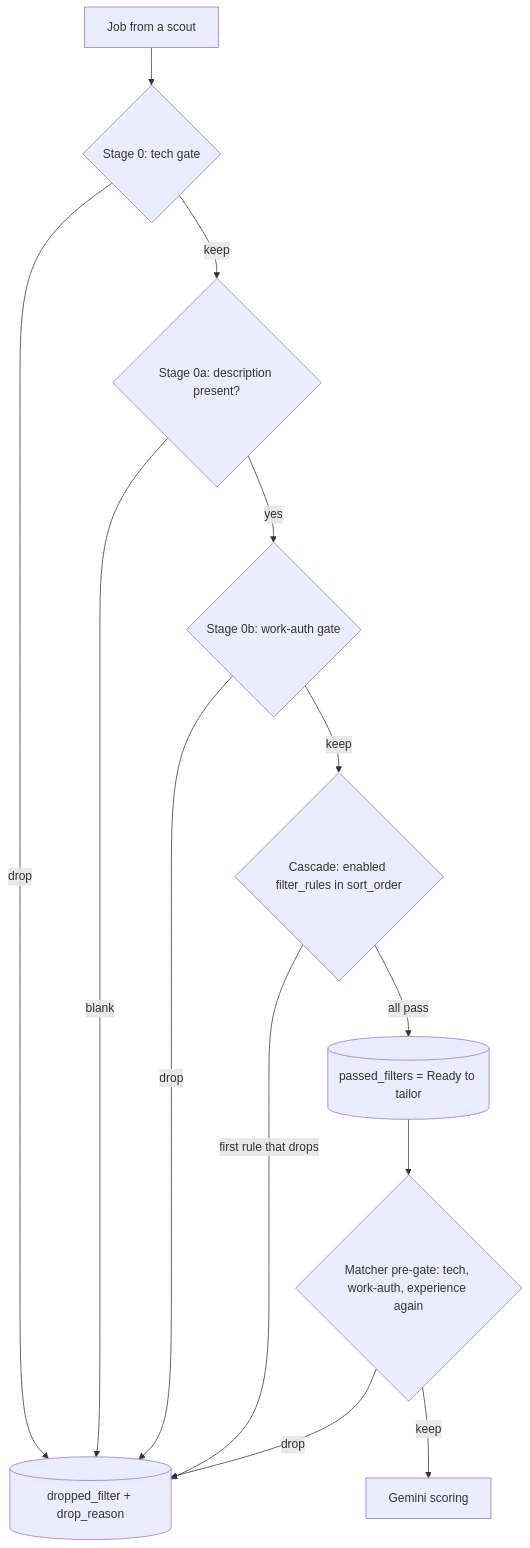
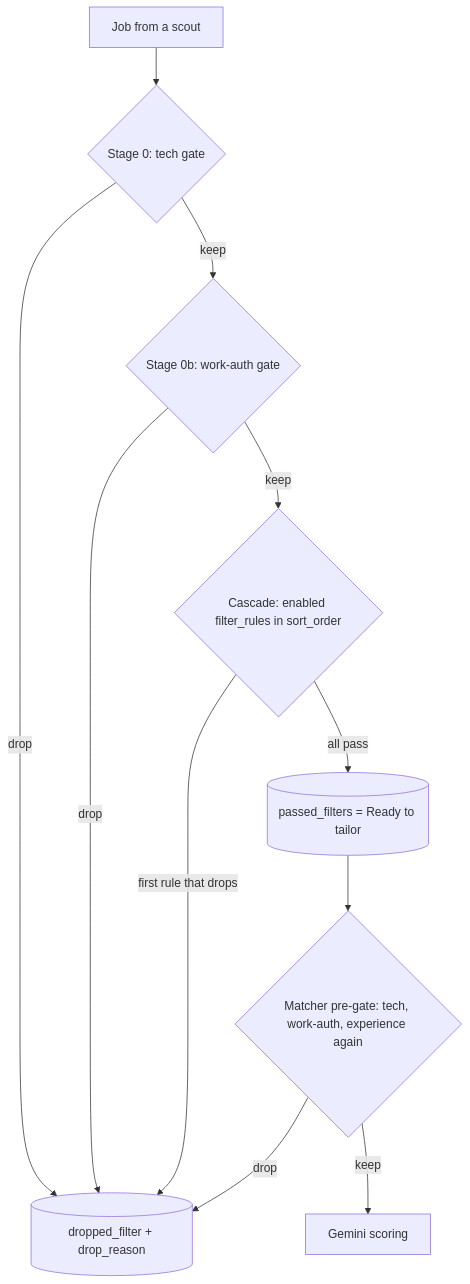
One commit to MallamTeja/applyyy changed the diagram in docs/product/features/screening.md. Above: the diagram before and after it, drawn with Mermaid. The commit also changed other lines of this file and 34 other files, not shown here.

````diff
--- a/docs/product/features/screening.md
+++ b/docs/product/features/screening.md
@@ -116,15 +121,13 @@
 ```mermaid
 flowchart TD
   A[Job from a scout] --> T{Stage 0: tech gate}
   T -- drop --> D[(dropped_filter + drop_reason)]
-  T -- keep --> M{Stage 0a: description present?}
-  M -- blank --> D
-  M -- yes --> W{Stage 0b: work-auth gate}
+  T -- keep --> W{Stage 0b: work-auth gate}
   W -- drop --> D
   W -- keep --> C{Cascade: enabled filter_rules in sort_order}
   C -- first rule that drops --> D
   C -- all pass --> P[(passed_filters = Ready to tailor)]
   P --> PG{Matcher pre-gate: tech, work-auth, experience again}
   PG -- drop --> D
   PG -- keep --> G[Gemini scoring]
 ```
````
